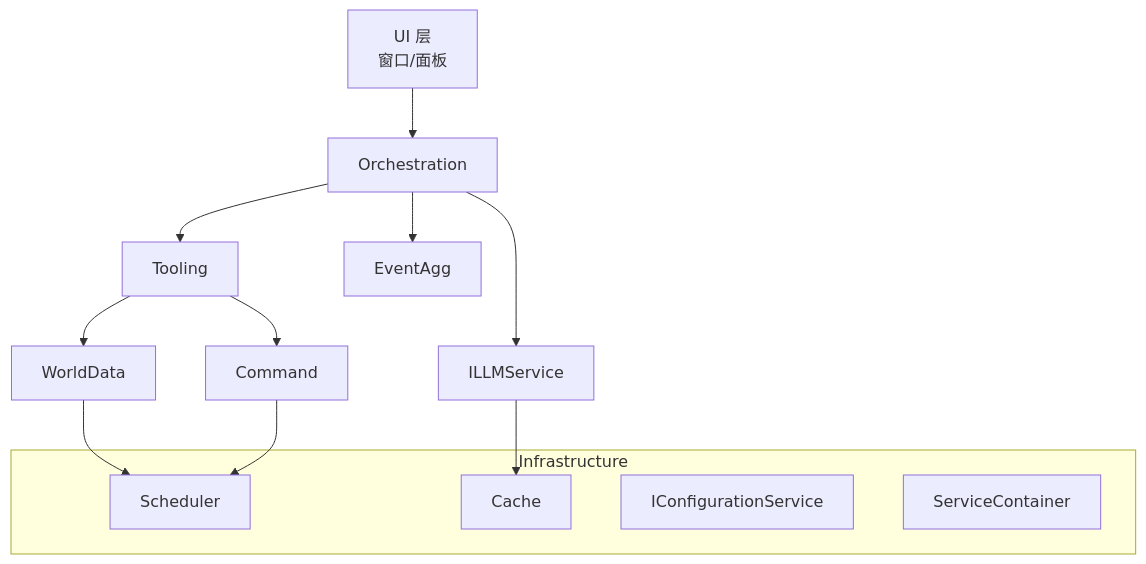
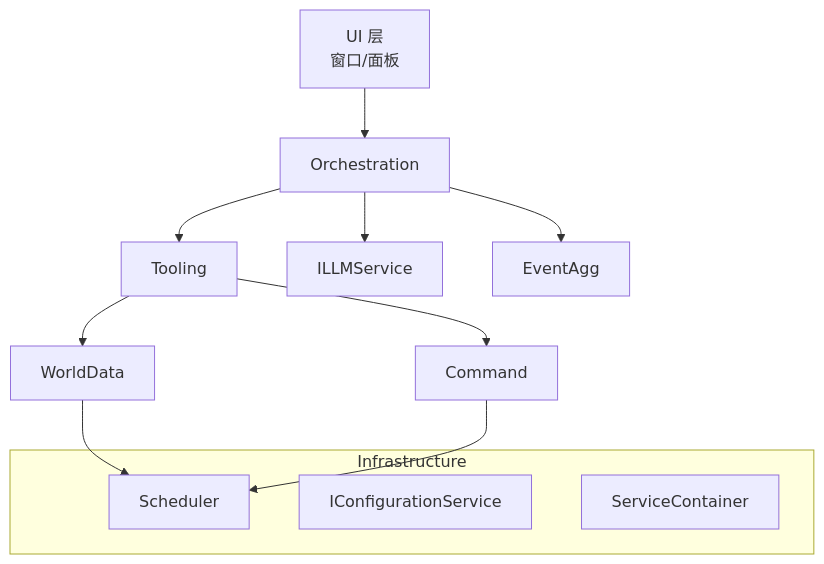
The diagram in docs/ARCHITECTURE_V4.md (oidahdsah0/Rimworld_AI_Core), drawn with Mermaid before and after one commit. The commit also changed other lines of this file and 23 other files, not shown here.

````diff
--- a/docs/ARCHITECTURE_V4.md
+++ b/docs/ARCHITECTURE_V4.md
@@ -58,18 +58,18 @@
 ```mermaid
 graph TD
     UI["UI 层\n窗口/面板"] --> Orchestration
     Orchestration --> Tooling
     Orchestration --> LLM["ILLMService"]
     Orchestration --> EventAgg
     Tooling --> WorldData
     Tooling --> Command
     WorldData --> Scheduler
     Command --> Scheduler
-    LLM --> Cache
+    %% 缓存已下沉到 Framework，Core 不再持有缓存
     subgraph Infrastructure
         Scheduler
-        Cache
+        %% Cache
         Config[IConfigurationService]
         DI[ServiceContainer]
     end
 ```
````
